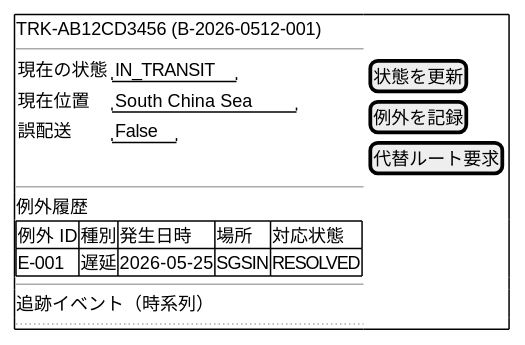
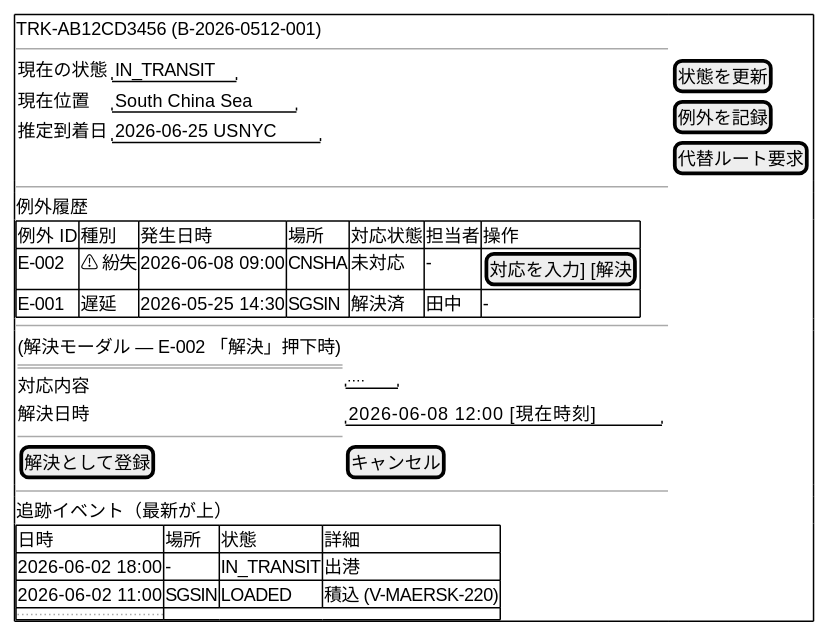
Before and after one commit to k2works/case-study-cargo-tracker: diagram 19 of 25 in docs/design/ui_design.md, drawn with PlantUML. The commit also changed other lines of this file, not shown here.

Commit message:
docs(ui-design): S17 例外履歴に対応・解決ボタンとインラインモーダルを追加（IT7 UI/UX レビュー H-2/M-1 対応）

````diff
--- a/docs/design/ui_design.md
+++ b/docs/design/ui_design.md
@@ -769,27 +769,41 @@
 ```plantuml
 @startsalt
 {+
   TRK-AB12CD3456 (B-2026-0512-001)
   ---
   {
     現在の状態 | "IN_TRANSIT"
     現在位置 | "South China Sea"
-    誤配送 | "False"
+    推定到着日 | "2026-06-25  USNYC"
   } |
   {
     [状態を更新]
     [例外を記録]
     [代替ルート要求]
   }
   ---
   例外履歴
   {#
-    例外 ID | 種別 | 発生日時 | 場所 | 対応状態
-    E-001 | 遅延 | 2026-05-25 | SGSIN | RESOLVED
+    例外 ID | 種別 | 発生日時 | 場所 | 対応状態 | 担当者 | 操作
+    E-002 | ⚠ 紛失 | 2026-06-08 09:00 | CNSHA | 未対応 | - | [対応を入力] [解決]
+    E-001 | 遅延 | 2026-05-25 14:30 | SGSIN | 解決済 | 田中 | -
   }
   ---
-  追跡イベント（時系列）
-  ...
+  {(解決モーダル — E-002 「解決」押下時)
+    == 例外を解決する — E-002 (紛失) ==
+    対応内容 | "...."
+    解決日時 | "2026-06-08 12:00    [現在時刻]"
+    ---
+    [解決として登録] | [キャンセル]
+  }
+  ---
+  追跡イベント（最新が上）
+  {#
+    日時 | 場所 | 状態 | 詳細
+    2026-06-02 18:00 | - | IN_TRANSIT | 出港
+    2026-06-02 11:00 | SGSIN | LOADED | 積込 (V-MAERSK-220)
+    ...
+  }
 }
 @endsalt
 ```
````
